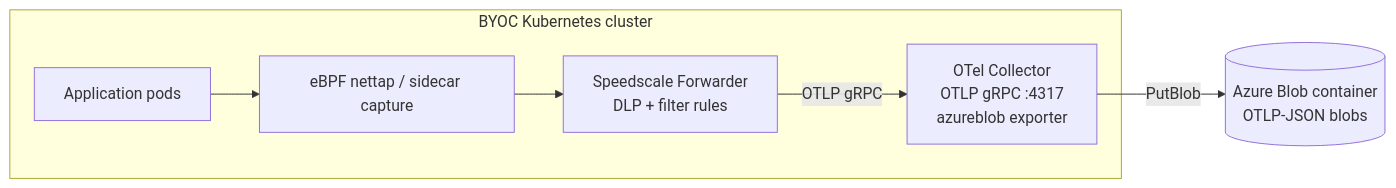
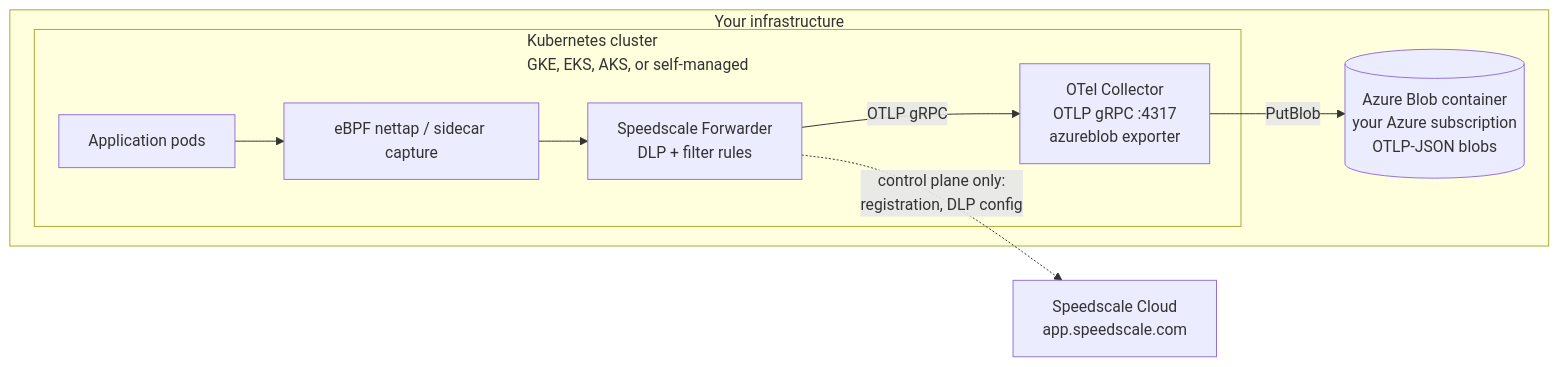
The diagram in charts/azureblob/README.md (speedscale/speedscale-byoc), drawn with Mermaid before and after one commit. The commit also changed other lines of this file and 5 other files, not shown here.

First line of the commit message:
docs: show cloud and tenant boundaries in BYOC architecture diagrams (#41)

````diff
--- a/charts/azureblob/README.md
+++ b/charts/azureblob/README.md
@@ -15,14 +15,18 @@
 ```mermaid
 flowchart LR
-  subgraph K8s[BYOC Kubernetes cluster]
-    Apps[Application pods]
-    Cap[eBPF nettap / sidecar capture]
-    Fwd[Speedscale Forwarder<br/>DLP + filter rules]
-    OTel[OTel Collector<br/>OTLP gRPC :4317<br/>azureblob exporter]
+  subgraph Yours[Your infrastructure]
+    subgraph K8s[Kubernetes cluster<br/>GKE, EKS, AKS, or self-managed]
+      Apps[Application pods]
+      Cap[eBPF nettap / sidecar capture]
+      Fwd[Speedscale Forwarder<br/>DLP + filter rules]
+      OTel[OTel Collector<br/>OTLP gRPC :4317<br/>azureblob exporter]
+    end
+    ABS[(Azure Blob container<br/>your Azure subscription<br/>OTLP-JSON blobs)]
   end
-  ABS[(Azure Blob container<br/>OTLP-JSON blobs)]
+  SC[Speedscale Cloud<br/>app.speedscale.com]
 
   Apps --> Cap --> Fwd
   Fwd -->|OTLP gRPC| OTel
   OTel -->|PutBlob| ABS
+  Fwd -.->|control plane only:<br/>registration, DLP config| SC
 ```
````
